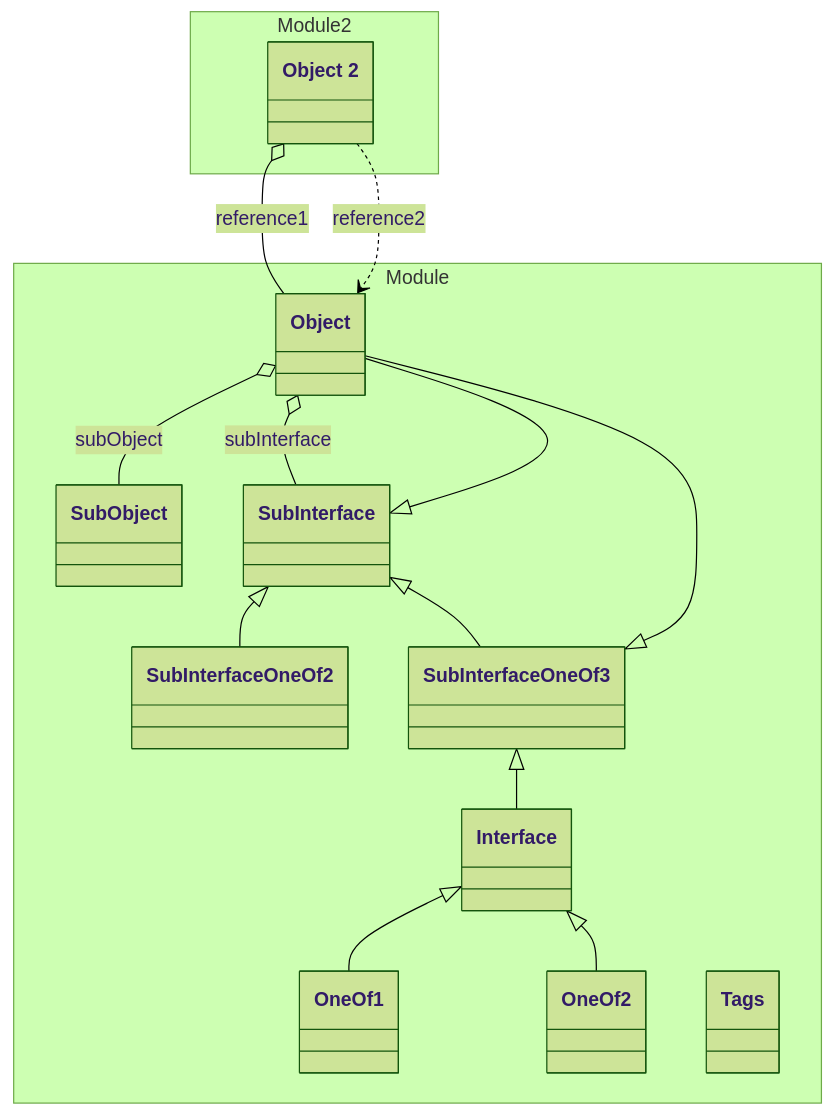
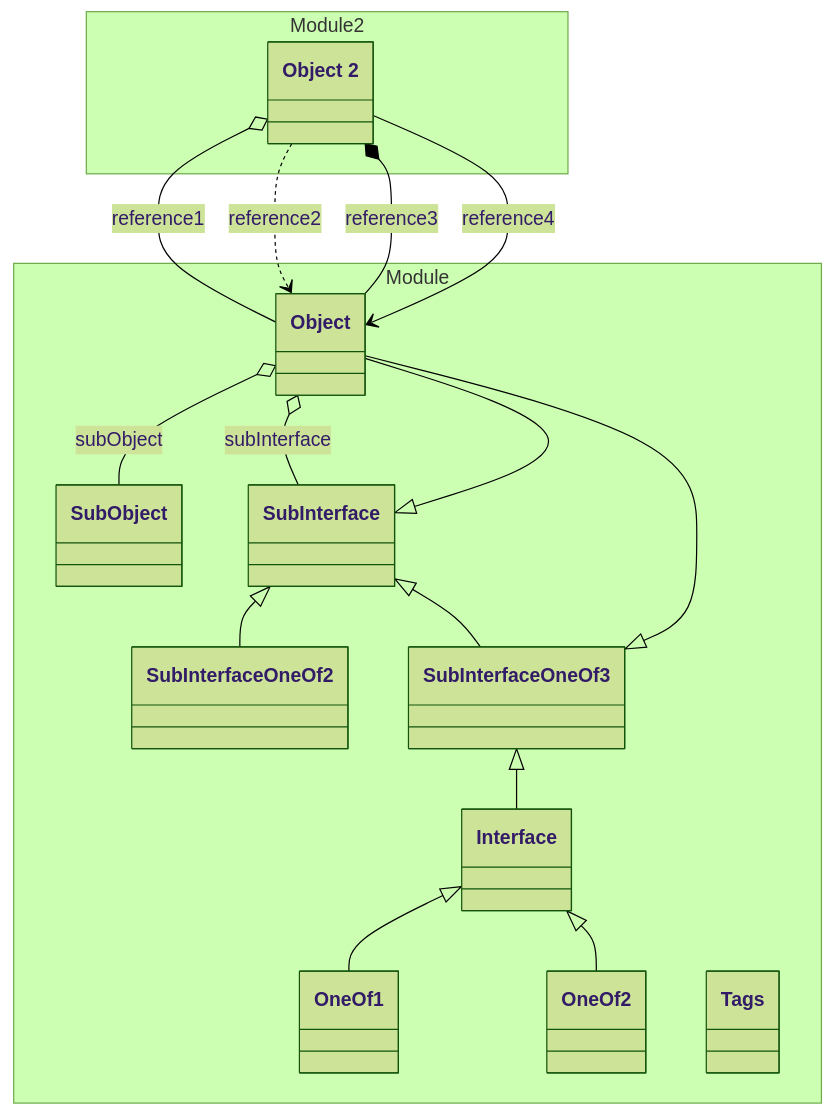
Before and after one commit to lizzyTheLizard/domain-schema-documentation: the diagram in tests/java/expected/Module/README.md, drawn with Mermaid (forest theme). The commit also changed other lines of this file and 248 other files, not shown here.

````diff
--- a/tests/java/expected/Module/README.md
+++ b/tests/java/expected/Module/README.md
@@ -11,38 +11,40 @@
 ```mermaid
 classDiagram
 namespace Module {
   class _Module_Interface_yml["Interface"]
   class OneOf2["OneOf2"]
   class OneOf1["OneOf1"]
   class _Module_Object_yaml["Object"]
   class SubInterface["SubInterface"]
   class SubInterfaceOneOf3["SubInterfaceOneOf3"]
   class SubInterfaceOneOf2["SubInterfaceOneOf2"]
   class SubObject["SubObject"]
   class _Module_Tags_yaml["Tags"]
 }
 namespace Module 2 {
   class _Module2_Object2_yaml["Object 2"]
 }
 _Module2_Object2_yaml o-- _Module_Object_yaml :reference1
 _Module2_Object2_yaml ..> _Module_Object_yaml :reference2
+_Module2_Object2_yaml *-- _Module_Object_yaml :reference3
+_Module2_Object2_yaml --> _Module_Object_yaml :reference4
 _Module_Interface_yml <|-- OneOf1 
 _Module_Interface_yml <|-- OneOf2 
 _Module_Object_yaml o-- SubObject :subObject
 _Module_Object_yaml o-- SubInterface :subInterface
 SubInterface <|-- _Module_Object_yaml 
 SubInterface <|-- SubInterfaceOneOf2 
 SubInterface <|-- SubInterfaceOneOf3 
 SubInterfaceOneOf3 <|-- _Module_Object_yaml 
 SubInterfaceOneOf3 <|-- _Module_Interface_yml 
 click _Module_Interface_yml href "./Interface.yml.html" "Interface"
 click OneOf2 href "./Interface.yml.html" "Interface"
 click OneOf1 href "./Interface.yml.html" "Interface"
 click _Module_Object_yaml href "./Object.yaml.html" "Object"
 click SubInterface href "./Object.yaml.html" "Object"
 click SubInterfaceOneOf3 href "./Object.yaml.html" "Object"
 click SubInterfaceOneOf2 href "./Object.yaml.html" "Object"
 click SubObject href "./Object.yaml.html" "Object"
 click _Module_Tags_yaml href "./Tags.yaml.html" "Tags"
 click _Module2_Object2_yaml href "../Module2/Object2.yaml.html" "Object 2"
 ```
````
